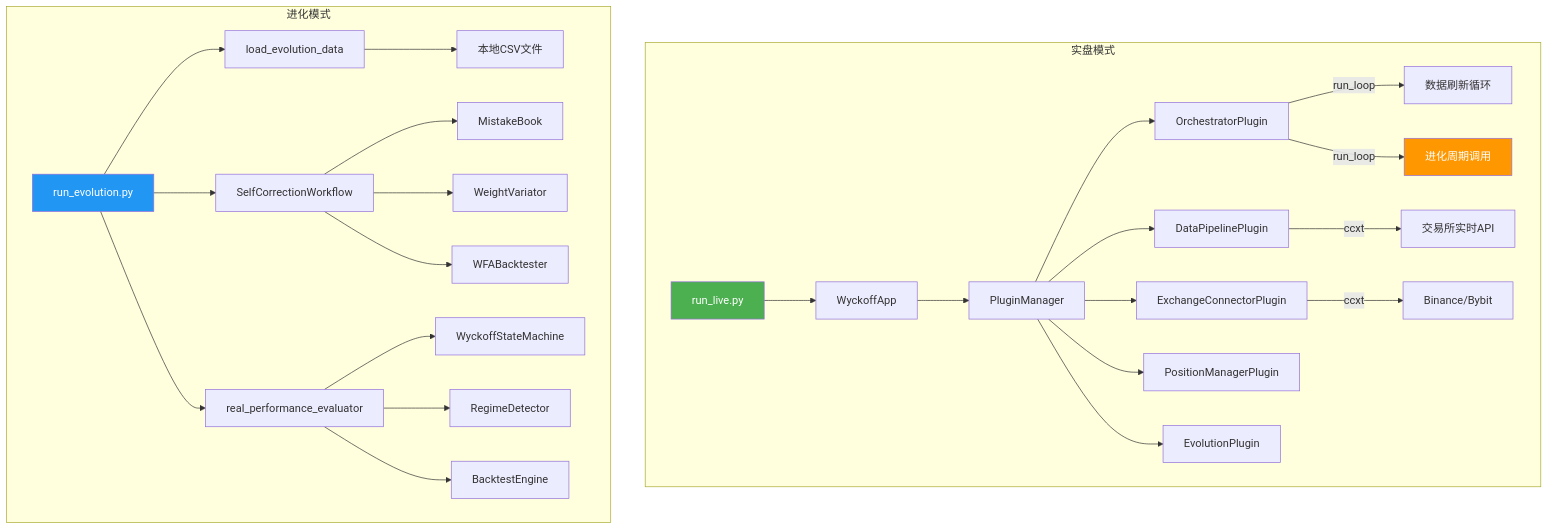
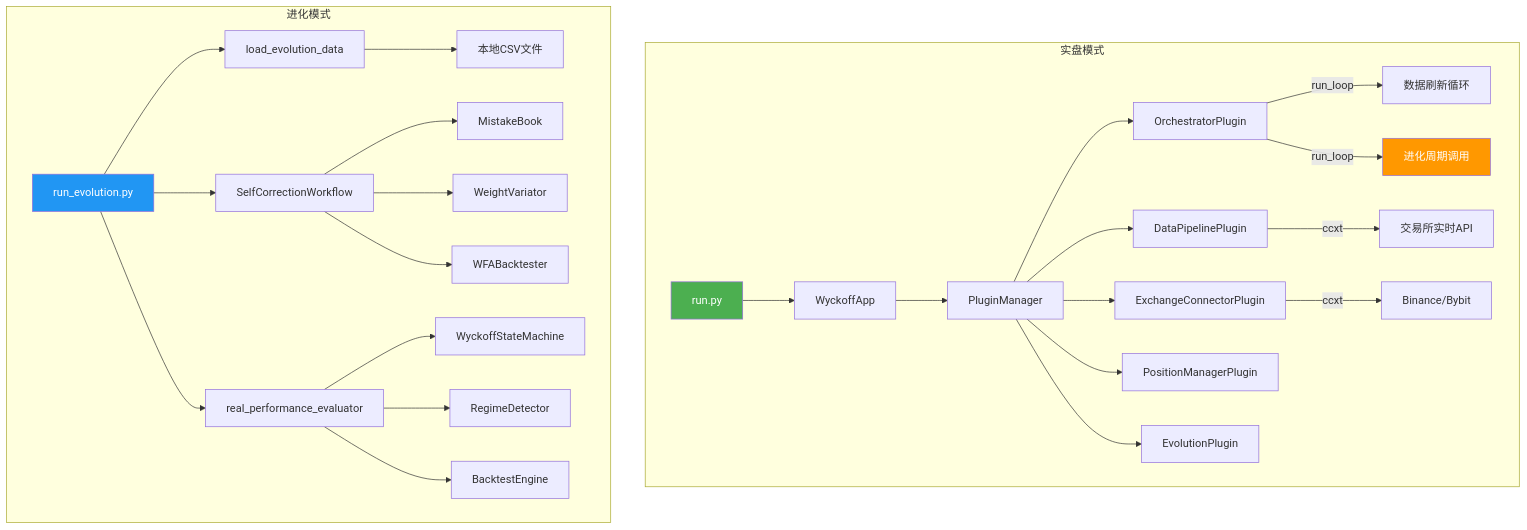
Before and after one commit to hhhasd12/meridian-wyckoff: the diagram in docs/LIVE_VS_EVOLUTION_ANALYSIS.md, drawn with Mermaid. The commit also changed other lines of this file and 482 other files, not shown here.

````diff
--- a/docs/LIVE_VS_EVOLUTION_ANALYSIS.md
+++ b/docs/LIVE_VS_EVOLUTION_ANALYSIS.md
@@ -23,33 +23,33 @@
 ```mermaid
 graph TB
     subgraph 实盘模式
-        RL[run_live.py] --> WA[WyckoffApp]
+        RL[run.py] --> WA[WyckoffApp]
         WA --> PM[PluginManager]
         PM --> OP[OrchestratorPlugin]
         PM --> DP[DataPipelinePlugin]
         PM --> EC[ExchangeConnectorPlugin]
         PM --> PMG[PositionManagerPlugin]
         PM --> EP[EvolutionPlugin]
         OP --> |run_loop| DL[数据刷新循环]
         OP --> |run_loop| EV[进化周期调用]
         DP --> |ccxt| LIVE_DATA[交易所实时API]
         EC --> |ccxt| EXCHANGE[Binance/Bybit]
     end
 
     subgraph 进化模式
         RE[run_evolution.py] --> LF[load_evolution_data]
         LF --> CSV[本地CSV文件]
         RE --> SCW[SelfCorrectionWorkflow]
         SCW --> MB[MistakeBook]
         SCW --> WV[WeightVariator]
         SCW --> WFA[WFABacktester]
         RE --> RPE[real_performance_evaluator]
         RPE --> WSM[WyckoffStateMachine]
         RPE --> RD[RegimeDetector]
         RPE --> BE[BacktestEngine]
     end
 
     style RL fill:#4CAF50,color:#fff
     style RE fill:#2196F3,color:#fff
     style EV fill:#FF9800,color:#fff
 ```
````
